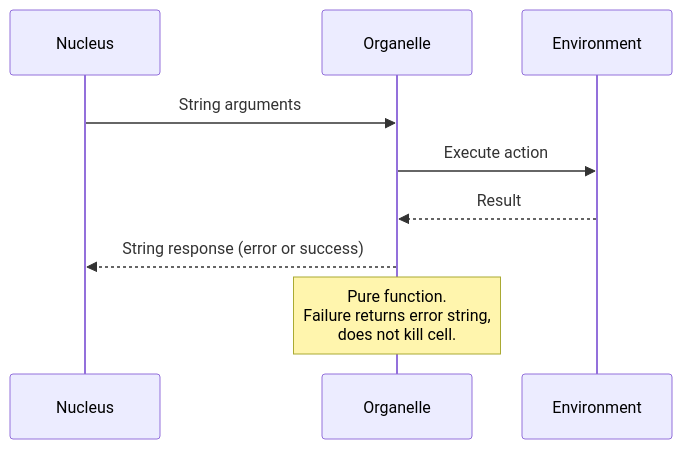
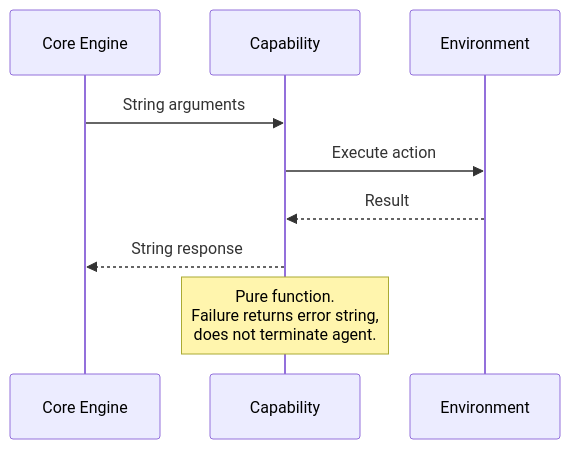
The sixth of 8 diagrams in docs/ARCHITECTURE.md (Redna/talos_runtime), drawn with Mermaid before and after one commit. The commit also changed other lines of this file, not shown here.

Commit message:
Rewrite architecture doc: formal style, reduced biological references

````diff
--- a/docs/ARCHITECTURE.md
+++ b/docs/ARCHITECTURE.md
@@ -201,13 +191,13 @@
 ```mermaid
 sequenceDiagram
-    participant N as Nucleus
-    participant O as Organelle
+    participant C as Core Engine
+    participant M as Capability
     participant E as Environment
     
-    N->>O: String arguments
-    O->>E: Execute action
-    E-->>O: Result
-    O-->>N: String response (error or success)
+    C->>M: String arguments
+    M->>E: Execute action
+    E-->>M: Result
+    M-->>C: String response
     
-    Note over O: Pure function.<br/>Failure returns error string,<br/>does not kill cell.
+    Note over M: Pure function.<br/>Failure returns error string,<br/>does not terminate agent.
 ```
````
